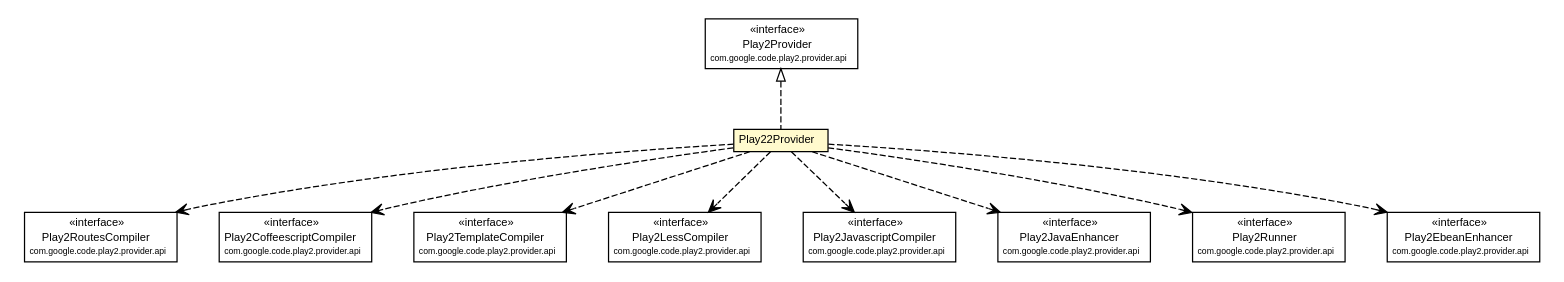
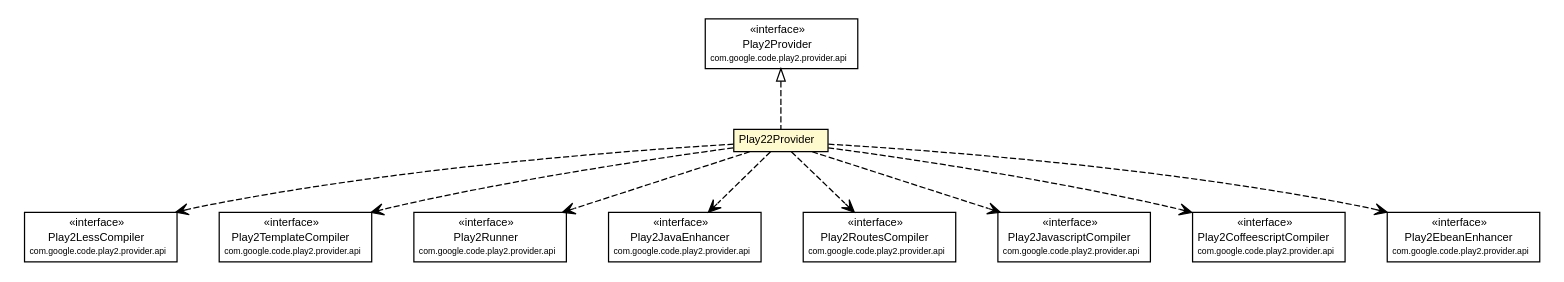
One commit to play2-maven-plugin/play2-maven-plugin.github.io changed the diagram in play2-maven-plugin/1.0.0-beta4-SNAPSHOT/play2-providers/play2-provider-play22/apidocs/com/google/code/play2/provider/play22/Play22Provider.dot. Above: the diagram before and after it, drawn with Graphviz. The commit also changed 158 other files, not shown here.

```diff
--- a/play2-maven-plugin/1.0.0-beta4-SNAPSHOT/play2-providers/play2-provider-play22/apidocs/com/google/code/play2/provider/play22/Play22Provider.dot
+++ b/play2-maven-plugin/1.0.0-beta4-SNAPSHOT/play2-providers/play2-provider-play22/apidocs/com/google/code/play2/provider/play22/Play22Provider.dot
@@ -1,108 +1,108 @@
 #!/usr/local/bin/dot
 #
 # Class diagram 
 # Generated by UMLGraph version R5_6-24-gf6e263 (http://www.umlgraph.org/)
 #
 
 digraph G {
 	edge [fontname="arial",fontsize=10,labelfontname="arial",labelfontsize=10];
 	node [fontname="arial",fontsize=10,shape=plaintext];
 	nodesep=0.25;
 	ranksep=0.5;
 	// com.google.code.play2.provider.play22.Play22Provider
 	c189 [label=<<table title="com.google.code.play2.provider.play22.Play22Provider" border="0" cellborder="1" cellspacing="0" cellpadding="2" port="p" bgcolor="lemonChiffon" href="./Play22Provider.html">
 		<tr><td><table border="0" cellspacing="0" cellpadding="1">
 <tr><td align="center" balign="center"> Play22Provider </td></tr>
 		</table></td></tr>
 		</table>>, URL="./Play22Provider.html", fontname="arial", fontcolor="black", fontsize=9.0];
 	//com.google.code.play2.provider.play22.Play22Provider implements com.google.code.play2.provider.api.Play2Provider
 	c198:p -> c189:p [dir=back,arrowtail=empty,style=dashed];
+	// com.google.code.play2.provider.play22.Play22Provider DEPEND com.google.code.play2.provider.api.Play2LessCompiler
+	c189:p -> c199:p [taillabel="", label="", headlabel="", fontname="arial", fontcolor="black", fontsize=10.0, color="black", arrowhead=open, style=dashed];
+	// com.google.code.play2.provider.play22.Play22Provider DEPEND com.google.code.play2.provider.api.Play2TemplateCompiler
+	c189:p -> c200:p [taillabel="", label="", headlabel="", fontname="arial", fontcolor="black", fontsize=10.0, color="black", arrowhead=open, style=dashed];
+	// com.google.code.play2.provider.play22.Play22Provider DEPEND com.google.code.play2.provider.api.Play2Runner
+	c189:p -> c201:p [taillabel="", label="", headlabel="", fontname="arial", fontcolor="black", fontsize=10.0, color="black", arrowhead=open, style=dashed];
+	// com.google.code.play2.provider.play22.Play22Provider DEPEND com.google.code.play2.provider.api.Play2JavaEnhancer
+	c189:p -> c202:p [taillabel="", label="", headlabel="", fontname="arial", fontcolor="black", fontsize=10.0, color="black", arrowhead=open, style=dashed];
 	// com.google.code.play2.provider.play22.Play22Provider DEPEND com.google.code.play2.provider.api.Play2RoutesCompiler
-	c189:p -> c199:p [taillabel="", label="", headlabel="", fontname="arial", fontcolor="black", fontsize=10.0, color="black", arrowhead=open, style=dashed];
+	c189:p -> c203:p [taillabel="", label="", headlabel="", fontname="arial", fontcolor="black", fontsize=10.0, color="black", arrowhead=open, style=dashed];
+	// com.google.code.play2.provider.play22.Play22Provider DEPEND com.google.code.play2.provider.api.Play2JavascriptCompiler
+	c189:p -> c204:p [taillabel="", label="", headlabel="", fontname="arial", fontcolor="black", fontsize=10.0, color="black", arrowhead=open, style=dashed];
 	// com.google.code.play2.provider.play22.Play22Provider DEPEND com.google.code.play2.provider.api.Play2CoffeescriptCompiler
-	c189:p -> c200:p [taillabel="", label="", headlabel="", fontname="arial", fontcolor="black", fontsize=10.0, color="black", arrowhead=open, style=dashed];
-	// com.google.code.play2.provider.play22.Play22Provider DEPEND com.google.code.play2.provider.api.Play2TemplateCompiler
-	c189:p -> c201:p [taillabel="", label="", headlabel="", fontname="arial", fontcolor="black", fontsize=10.0, color="black", arrowhead=open, style=dashed];
-	// com.google.code.play2.provider.play22.Play22Provider DEPEND com.google.code.play2.provider.api.Play2LessCompiler
-	c189:p -> c202:p [taillabel="", label="", headlabel="", fontname="arial", fontcolor="black", fontsize=10.0, color="black", arrowhead=open, style=dashed];
-	// com.google.code.play2.provider.play22.Play22Provider DEPEND com.google.code.play2.provider.api.Play2JavascriptCompiler
-	c189:p -> c203:p [taillabel="", label="", headlabel="", fontname="arial", fontcolor="black", fontsize=10.0, color="black", arrowhead=open, style=dashed];
-	// com.google.code.play2.provider.play22.Play22Provider DEPEND com.google.code.play2.provider.api.Play2JavaEnhancer
-	c189:p -> c204:p [taillabel="", label="", headlabel="", fontname="arial", fontcolor="black", fontsize=10.0, color="black", arrowhead=open, style=dashed];
-	// com.google.code.play2.provider.play22.Play22Provider DEPEND com.google.code.play2.provider.api.Play2Runner
 	c189:p -> c205:p [taillabel="", label="", headlabel="", fontname="arial", fontcolor="black", fontsize=10.0, color="black", arrowhead=open, style=dashed];
 	// com.google.code.play2.provider.play22.Play22Provider DEPEND com.google.code.play2.provider.api.Play2EbeanEnhancer
 	c189:p -> c206:p [taillabel="", label="", headlabel="", fontname="arial", fontcolor="black", fontsize=10.0, color="black", arrowhead=open, style=dashed];
 	// com.google.code.play2.provider.api.Play2Provider
 	c198 [label=<<table title="com.google.code.play2.provider.api.Play2Provider" border="0" cellborder="1" cellspacing="0" cellpadding="2" port="p">
 		<tr><td><table border="0" cellspacing="0" cellpadding="1">
 <tr><td align="center" balign="center"> &#171;interface&#187; </td></tr>
 <tr><td align="center" balign="center"> Play2Provider </td></tr>
 <tr><td align="center" balign="center"><font point-size="7.0"> com.google.code.play2.provider.api </font></td></tr>
 		</table></td></tr>
 		</table>>, URL="null", fontname="arial", fontcolor="black", fontsize=9.0];
 	// com.google.code.play2.provider.api.Play2RoutesCompiler
-	c199 [label=<<table title="com.google.code.play2.provider.api.Play2RoutesCompiler" border="0" cellborder="1" cellspacing="0" cellpadding="2" port="p">
+	c203 [label=<<table title="com.google.code.play2.provider.api.Play2RoutesCompiler" border="0" cellborder="1" cellspacing="0" cellpadding="2" port="p">
 		<tr><td><table border="0" cellspacing="0" cellpadding="1">
 <tr><td align="center" balign="center"> &#171;interface&#187; </td></tr>
 <tr><td align="center" balign="center"> Play2RoutesCompiler </td></tr>
 <tr><td align="center" balign="center"><font point-size="7.0"> com.google.code.play2.provider.api </font></td></tr>
 		</table></td></tr>
 		</table>>, URL="null", fontname="arial", fontcolor="black", fontsize=9.0];
 	// com.google.code.play2.provider.api.Play2LessCompiler
-	c202 [label=<<table title="com.google.code.play2.provider.api.Play2LessCompiler" border="0" cellborder="1" cellspacing="0" cellpadding="2" port="p">
+	c199 [label=<<table title="com.google.code.play2.provider.api.Play2LessCompiler" border="0" cellborder="1" cellspacing="0" cellpadding="2" port="p">
 		<tr><td><table border="0" cellspacing="0" cellpadding="1">
 <tr><td align="center" balign="center"> &#171;interface&#187; </td></tr>
 <tr><td align="center" balign="center"> Play2LessCompiler </td></tr>
 <tr><td align="center" balign="center"><font point-size="7.0"> com.google.code.play2.provider.api </font></td></tr>
 		</table></td></tr>
 		</table>>, URL="null", fontname="arial", fontcolor="black", fontsize=9.0];
 	// com.google.code.play2.provider.api.Play2TemplateCompiler
-	c201 [label=<<table title="com.google.code.play2.provider.api.Play2TemplateCompiler" border="0" cellborder="1" cellspacing="0" cellpadding="2" port="p">
+	c200 [label=<<table title="com.google.code.play2.provider.api.Play2TemplateCompiler" border="0" cellborder="1" cellspacing="0" cellpadding="2" port="p">
 		<tr><td><table border="0" cellspacing="0" cellpadding="1">
 <tr><td align="center" balign="center"> &#171;interface&#187; </td></tr>
 <tr><td align="center" balign="center"> Play2TemplateCompiler </td></tr>
 <tr><td align="center" balign="center"><font point-size="7.0"> com.google.code.play2.provider.api </font></td></tr>
 		</table></td></tr>
 		</table>>, URL="null", fontname="arial", fontcolor="black", fontsize=9.0];
 	// com.google.code.play2.provider.api.Play2CoffeescriptCompiler
-	c200 [label=<<table title="com.google.code.play2.provider.api.Play2CoffeescriptCompiler" border="0" cellborder="1" cellspacing="0" cellpadding="2" port="p">
+	c205 [label=<<table title="com.google.code.play2.provider.api.Play2CoffeescriptCompiler" border="0" cellborder="1" cellspacing="0" cellpadding="2" port="p">
 		<tr><td><table border="0" cellspacing="0" cellpadding="1">
 <tr><td align="center" balign="center"> &#171;interface&#187; </td></tr>
 <tr><td align="center" balign="center"> Play2CoffeescriptCompiler </td></tr>
 <tr><td align="center" balign="center"><font point-size="7.0"> com.google.code.play2.provider.api </font></td></tr>
 		</table></td></tr>
 		</table>>, URL="null", fontname="arial", fontcolor="black", fontsize=9.0];
 	// com.google.code.play2.provider.api.Play2EbeanEnhancer
 	c206 [label=<<table title="com.google.code.play2.provider.api.Play2EbeanEnhancer" border="0" cellborder="1" cellspacing="0" cellpadding="2" port="p">
 		<tr><td><table border="0" cellspacing="0" cellpadding="1">
 <tr><td align="center" balign="center"> &#171;interface&#187; </td></tr>
 <tr><td align="center" balign="center"> Play2EbeanEnhancer </td></tr>
 <tr><td align="center" balign="center"><font point-size="7.0"> com.google.code.play2.provider.api </font></td></tr>
 		</table></td></tr>
 		</table>>, URL="null", fontname="arial", fontcolor="black", fontsize=9.0];
 	// com.google.code.play2.provider.api.Play2JavascriptCompiler
-	c203 [label=<<table title="com.google.code.play2.provider.api.Play2JavascriptCompiler" border="0" cellborder="1" cellspacing="0" cellpadding="2" port="p">
+	c204 [label=<<table title="com.google.code.play2.provider.api.Play2JavascriptCompiler" border="0" cellborder="1" cellspacing="0" cellpadding="2" port="p">
 		<tr><td><table border="0" cellspacing="0" cellpadding="1">
 <tr><td align="center" balign="center"> &#171;interface&#187; </td></tr>
 <tr><td align="center" balign="center"> Play2JavascriptCompiler </td></tr>
 <tr><td align="center" balign="center"><font point-size="7.0"> com.google.code.play2.provider.api </font></td></tr>
 		</table></td></tr>
 		</table>>, URL="null", fontname="arial", fontcolor="black", fontsize=9.0];
 	// com.google.code.play2.provider.api.Play2JavaEnhancer
-	c204 [label=<<table title="com.google.code.play2.provider.api.Play2JavaEnhancer" border="0" cellborder="1" cellspacing="0" cellpadding="2" port="p">
+	c202 [label=<<table title="com.google.code.play2.provider.api.Play2JavaEnhancer" border="0" cellborder="1" cellspacing="0" cellpadding="2" port="p">
 		<tr><td><table border="0" cellspacing="0" cellpadding="1">
 <tr><td align="center" balign="center"> &#171;interface&#187; </td></tr>
 <tr><td align="center" balign="center"> Play2JavaEnhancer </td></tr>
 <tr><td align="center" balign="center"><font point-size="7.0"> com.google.code.play2.provider.api </font></td></tr>
 		</table></td></tr>
 		</table>>, URL="null", fontname="arial", fontcolor="black", fontsize=9.0];
 	// com.google.code.play2.provider.api.Play2Runner
-	c205 [label=<<table title="com.google.code.play2.provider.api.Play2Runner" border="0" cellborder="1" cellspacing="0" cellpadding="2" port="p">
+	c201 [label=<<table title="com.google.code.play2.provider.api.Play2Runner" border="0" cellborder="1" cellspacing="0" cellpadding="2" port="p">
 		<tr><td><table border="0" cellspacing="0" cellpadding="1">
 <tr><td align="center" balign="center"> &#171;interface&#187; </td></tr>
 <tr><td align="center" balign="center"> Play2Runner </td></tr>
 <tr><td align="center" balign="center"><font point-size="7.0"> com.google.code.play2.provider.api </font></td></tr>
 		</table></td></tr>
 		</table>>, URL="null", fontname="arial", fontcolor="black", fontsize=9.0];
 }
```
